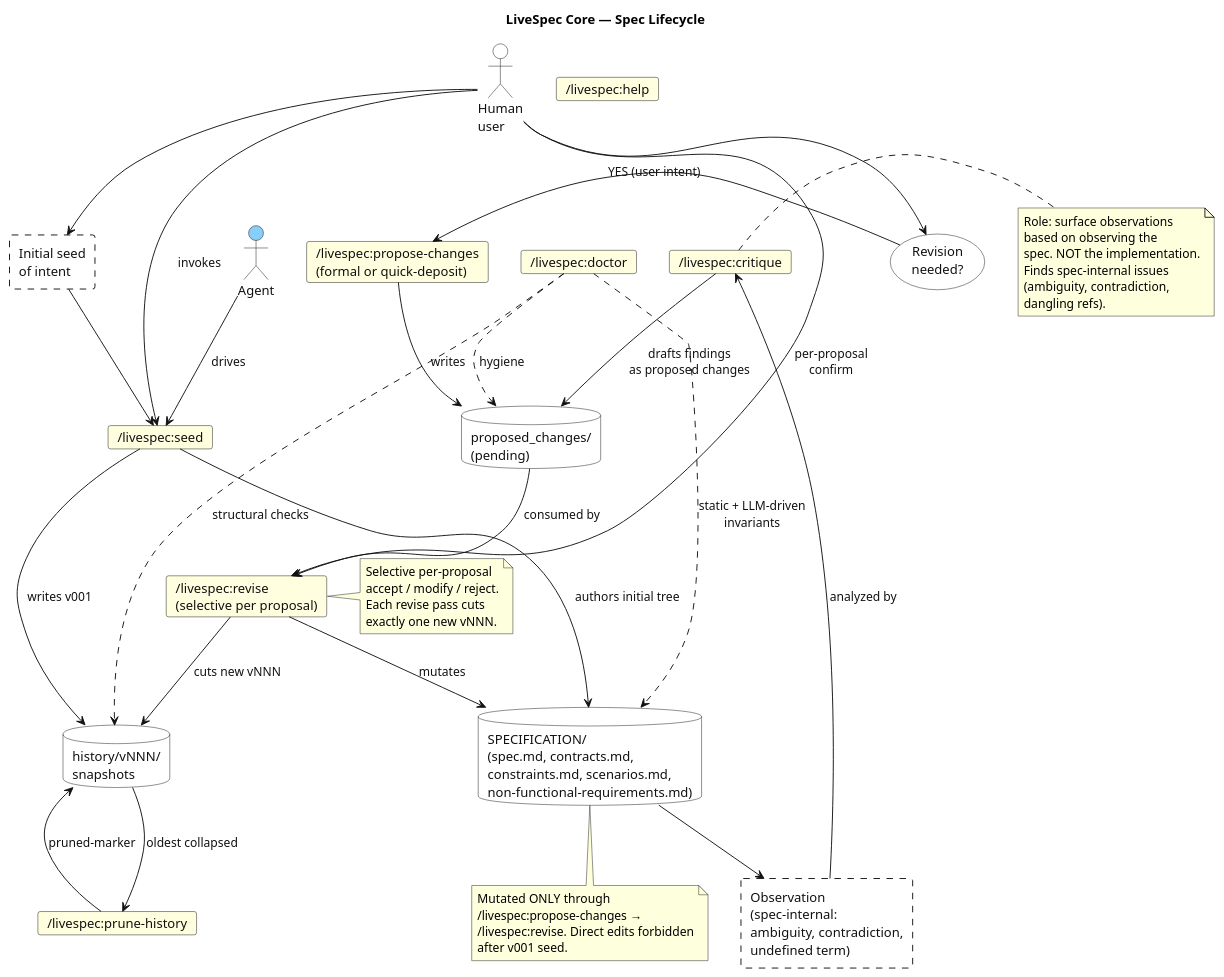
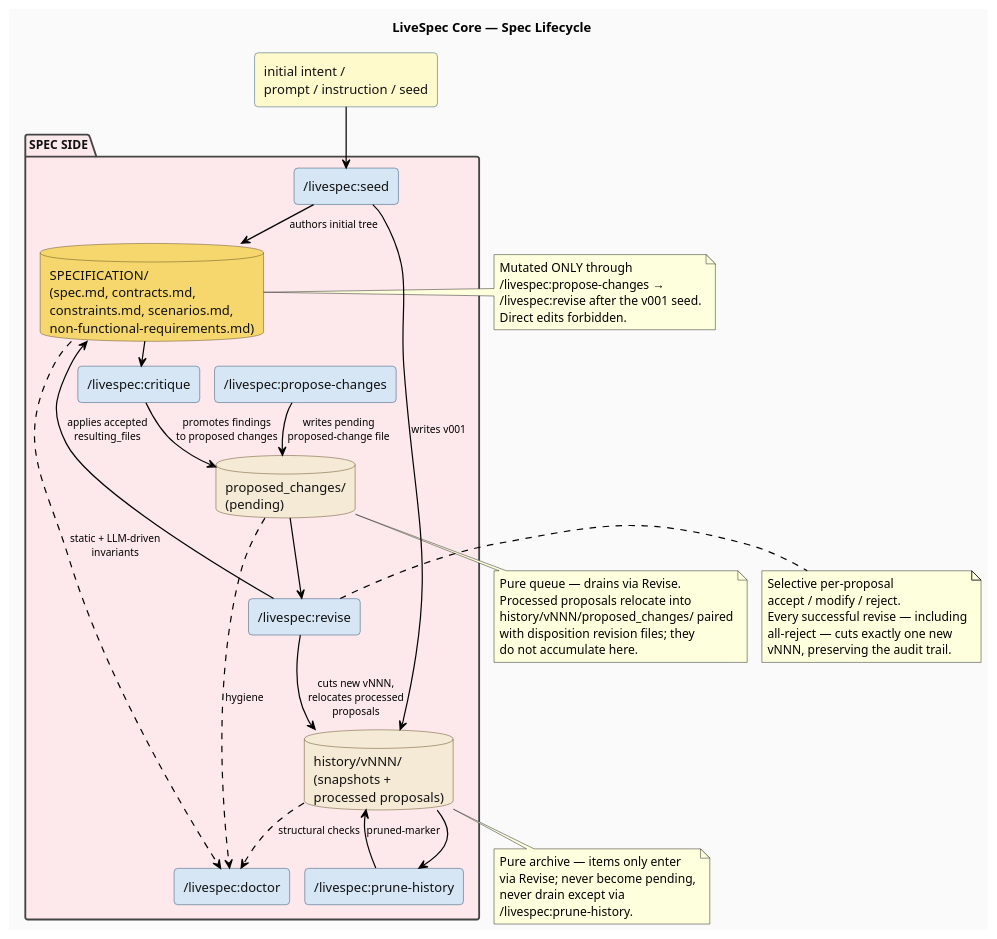
One commit to thewoolleyman/livespec changed the diagram in research/workflow-processes/diagrams/spec-lifecycle.plantuml. Above: the diagram before and after it, drawn with PlantUML. The commit also changed 19 other files, not shown here.

```diff
--- a/research/workflow-processes/diagrams/spec-lifecycle.plantuml
+++ b/research/workflow-processes/diagrams/spec-lifecycle.plantuml
@@ -1,87 +1,82 @@
 @startuml spec-lifecycle
 title LiveSpec Core — Spec Lifecycle
 skinparam defaultFontName Helvetica
 skinparam shadowing false
-skinparam BackgroundColor white
-skinparam ArrowColor #111
-skinparam ArrowFontColor #111
+skinparam BackgroundColor #fafafa
+skinparam ArrowColor #000000
+skinparam ArrowFontColor #000000
+skinparam ArrowFontSize 11
+skinparam ArrowThickness 1.3
+skinparam nodesep 16
+skinparam ranksep 26
+hide stereotype
+
 skinparam rectangle {
-  BorderColor #111
-  BackgroundColor white
+  BackgroundColor #d6e6f5
+  BorderColor #1f4768
+  FontColor #111
+  RoundCorner 8
+}
+skinparam database {
+  BackgroundColor #f5ead5
+  BorderColor #5a4319
   FontColor #111
 }
-skinparam database {
-  BorderColor #111
-  BackgroundColor white
+skinparam package {
   FontColor #111
-}
-skinparam usecase {
-  BorderColor #111
-  BackgroundColor white
-  FontColor #111
-}
-skinparam card {
-  BorderColor #111
-  BackgroundColor white
-  FontColor #111
-}
-skinparam actor {
-  BorderColor #111
-  BackgroundColor white
-  FontColor #111
+  FontSize 13
+  FontStyle bold
+  BorderColor #444
+  BorderThickness 2
 }
 
-actor "Human\nuser" as HumanUser
-actor "Agent" as Agent #LightSkyBlue
+rectangle "initial intent /\nprompt / instruction / seed" as Input #fffacc
 
-rectangle "Initial seed\nof intent" as SeedIntent #FFFFFF;line.dashed
-card "/livespec:seed" as SeedCmd #LightYellow
+package "SPEC SIDE" as SpecPkg #fde8ec {
+  rectangle "/livespec:seed" as Seed
+  rectangle "/livespec:propose-changes" as Propose
+  rectangle "/livespec:critique" as Critique
+  rectangle "/livespec:revise" as Revise
+  rectangle "/livespec:doctor" as Doctor
+  rectangle "/livespec:prune-history" as Prune
 
-database "SPECIFICATION/\n(spec.md, contracts.md,\nconstraints.md, scenarios.md,\nnon-functional-requirements.md)" as Spec
-database "history/vNNN/\nsnapshots" as History
-database "proposed_changes/\n(pending)" as Proposed
+  database "SPECIFICATION/\n(spec.md, contracts.md,\nconstraints.md, scenarios.md,\nnon-functional-requirements.md)" as Spec #f5d76e
+  database "proposed_changes/\n(pending)" as PCQueue
+  database "history/vNNN/\n(snapshots +\nprocessed proposals)" as History
+}
 
-rectangle "Observation\n(spec-internal:\nambiguity, contradiction,\nundefined term)" as SpecObs #FFFFFF;line.dashed
+' Seed bootstraps spec + v001
+Input --> Seed
+Seed --> Spec : authors initial tree
+Seed --> History : writes v001
 
-card "/livespec:critique" as CritiqueCmd #LightYellow
-note right of CritiqueCmd : Role: surface observations\nbased on observing the\nspec. NOT the implementation.\nFinds spec-internal issues\n(ambiguity, contradiction,\ndangling refs).
+' Direct authoring path
+Propose --> PCQueue : writes pending\nproposed-change file
 
-card "/livespec:propose-changes\n(formal or quick-deposit)" as ProposeCmd #LightYellow
-card "/livespec:revise\n(selective per proposal)" as ReviseCmd #LightYellow
+' Critique reads spec, emits findings as proposed changes
+Spec --> Critique
+Critique --> PCQueue : promotes findings\nto proposed changes
 
-usecase "Revision\nneeded?" as RevisionNeeded
-card "/livespec:doctor" as DoctorCmd #LightYellow
-card "/livespec:prune-history" as PruneCmd #LightYellow
-card "/livespec:help" as HelpCmd #LightYellow
+' Revise drains the queue, mutates spec, cuts new history snapshot
+PCQueue --> Revise
+Revise --> Spec : applies accepted\nresulting_files
+Revise --> History : cuts new vNNN,\nrelocates processed\nproposals
 
-HumanUser --> SeedIntent
-HumanUser --> SeedCmd : invokes
-Agent --> SeedCmd : drives
-SeedIntent --> SeedCmd
-SeedCmd --> Spec : authors initial tree
-SeedCmd --> History : writes v001
+' Doctor's pre/post-step invariants
+Spec ..> Doctor : static + LLM-driven\ninvariants
+PCQueue ..> Doctor : hygiene
+History ..> Doctor : structural checks
 
-Spec --> SpecObs
-SpecObs --> CritiqueCmd : analyzed by
-CritiqueCmd --> Proposed : drafts findings\nas proposed changes
+' Prune collapses oldest history versions
+History --> Prune
+Prune --> History : pruned-marker
 
-HumanUser --> RevisionNeeded
-RevisionNeeded -right-> ProposeCmd : YES (user intent)
-ProposeCmd --> Proposed : writes
-Proposed --> ReviseCmd : consumed by
-HumanUser --> ReviseCmd : per-proposal\nconfirm
-ReviseCmd --> Spec : mutates
-ReviseCmd --> History : cuts new vNNN
+note right of Spec : Mutated ONLY through\n/livespec:propose-changes →\n/livespec:revise after the v001 seed.\nDirect edits forbidden.
 
-DoctorCmd ..> Spec : static + LLM-driven\ninvariants
-DoctorCmd ..> Proposed : hygiene
-DoctorCmd ..> History : structural checks
+note right of Revise : Selective per-proposal\naccept / modify / reject.\nEvery successful revise — including\nall-reject — cuts exactly one new\nvNNN, preserving the audit trail.
 
-History --> PruneCmd : oldest collapsed
-PruneCmd --> History : pruned-marker
+note bottom of PCQueue : Pure queue — drains via Revise.\nProcessed proposals relocate into\nhistory/vNNN/proposed_changes/ paired\nwith disposition revision files; they\ndo not accumulate here.
 
-note bottom of Spec : Mutated ONLY through\n/livespec:propose-changes →\n/livespec:revise. Direct edits forbidden\nafter v001 seed.
-
-note right of ReviseCmd : Selective per-proposal\naccept / modify / reject.\nEach revise pass cuts\nexactly one new vNNN.
+note bottom of History : Pure archive — items only enter\nvia Revise; never become pending,\nnever drain except via\n/livespec:prune-history.
 
 @enduml
```
